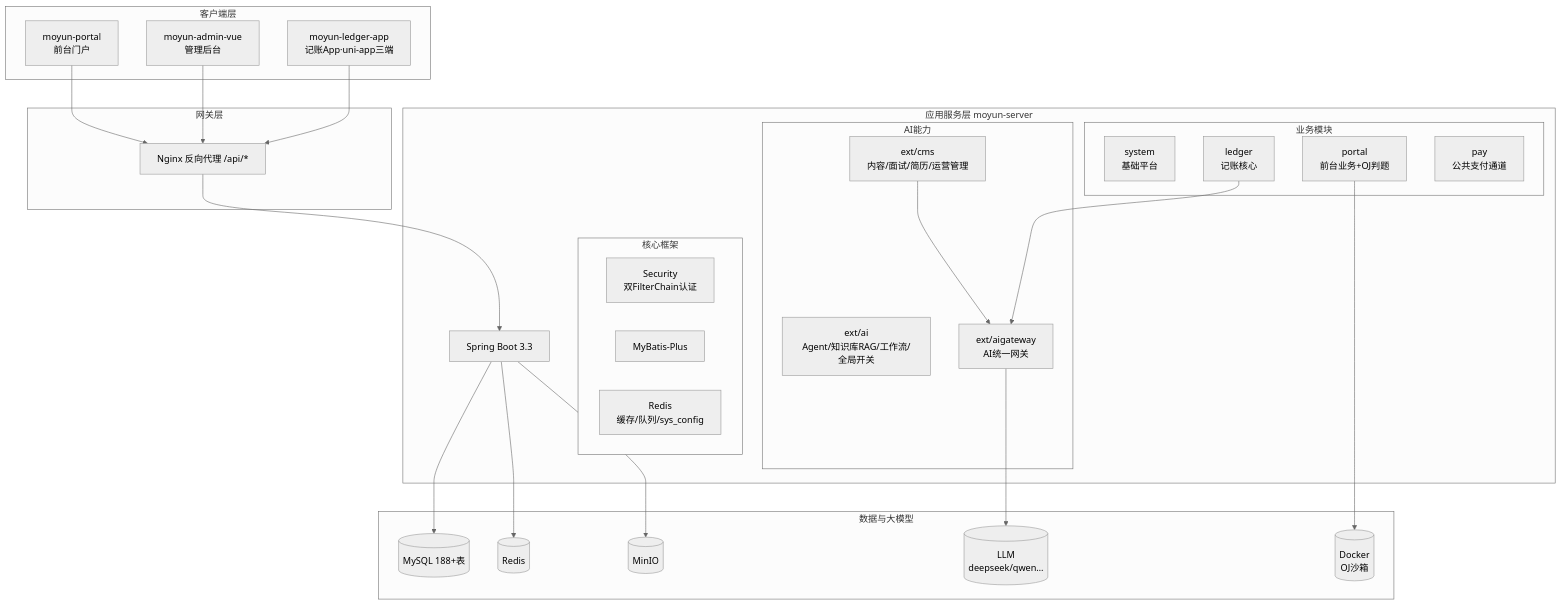
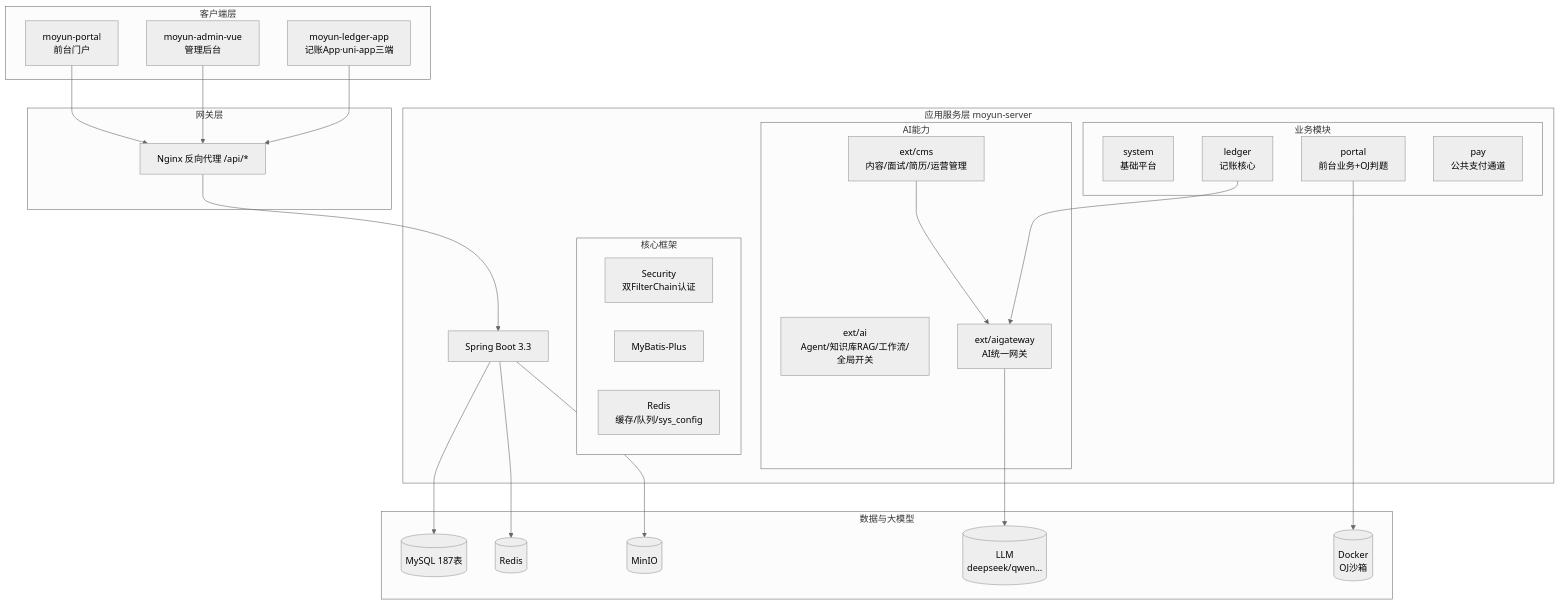
Before and after one commit to zyg-allen/moyun-project-document: the first of 3 diagrams in docs/01-架构设计/技术架构.md, drawn with Mermaid (neutral theme). The commit also changed other lines of this file and 48 other files, not shown here.

````diff
--- a/docs/01-架构设计/技术架构.md
+++ b/docs/01-架构设计/技术架构.md
@@ -40,52 +40,52 @@
 ```mermaid
 graph TD
     subgraph 客户端层
         A[moyun-portal\n前台门户]
         B[moyun-admin-vue\n管理后台]
         L[moyun-ledger-app\n记账App·uni-app三端]
     end
 
     subgraph 网关层
         C[Nginx 反向代理 /api/*]
     end
 
     subgraph 应用服务层 moyun-server
         D[Spring Boot 3.3]
         subgraph 核心框架
             J[Security\n双FilterChain认证]
             K[MyBatis-Plus]
             R[Redis\n缓存/队列/sys_config]
         end
         subgraph 业务模块
             E[system\n基础平台]
             F[portal\n前台业务+OJ判题]
             G[ledger\n记账核心]
             P[pay\n公共支付通道]
         end
         subgraph AI能力
             H[ext/ai\nAgent/知识库RAG/工作流/全局开关]
             I[ext/aigateway\nAI统一网关]
             M[ext/cms\n内容/面试/简历/运营管理]
         end
     end
 
     subgraph 数据与大模型
-        N[(MySQL 188+表)]
+        N[(MySQL 187表)]
         O[(Redis)]
         Q[(MinIO)]
         S[(LLM\ndeepseek/qwen…)]
         T[(Docker\nOJ沙箱)]
     end
 
     A --> C
     B --> C
     L --> C
     C --> D
     M --> I
     G --> I
     I --> S
     D --> N
     D --> O
     D --> Q
     F --> T
 ```
````
